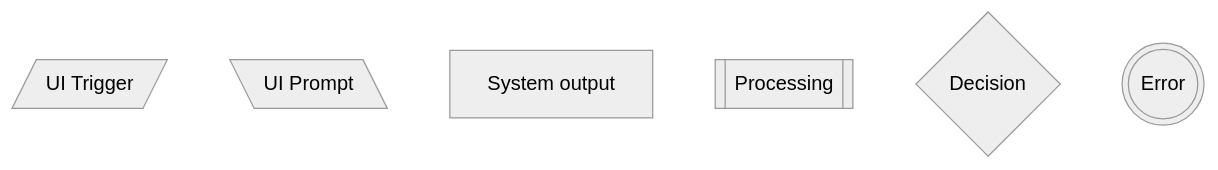
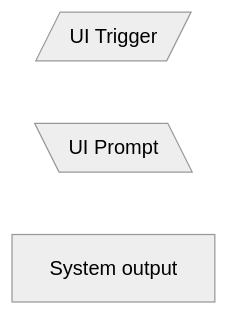
One commit to 0xShishigami/fastlane-ux changed the fourth of 8 diagrams in slides/slide.md. Above: the diagram before and after it, drawn with Mermaid (neutral theme). The commit also changed other lines of this file and 11 other files, not shown here.

````diff
--- a/slides/slide.md
+++ b/slides/slide.md
@@ -152,9 +236,6 @@
 ```mermaid
-flowchart TD
+flowchart LR
     A[/UI Trigger/]
     B[\UI Prompt\]
     C[System output]
-    D[[Processing]]
-    E{Decision}
-    F(((Error)))
 ```
````
